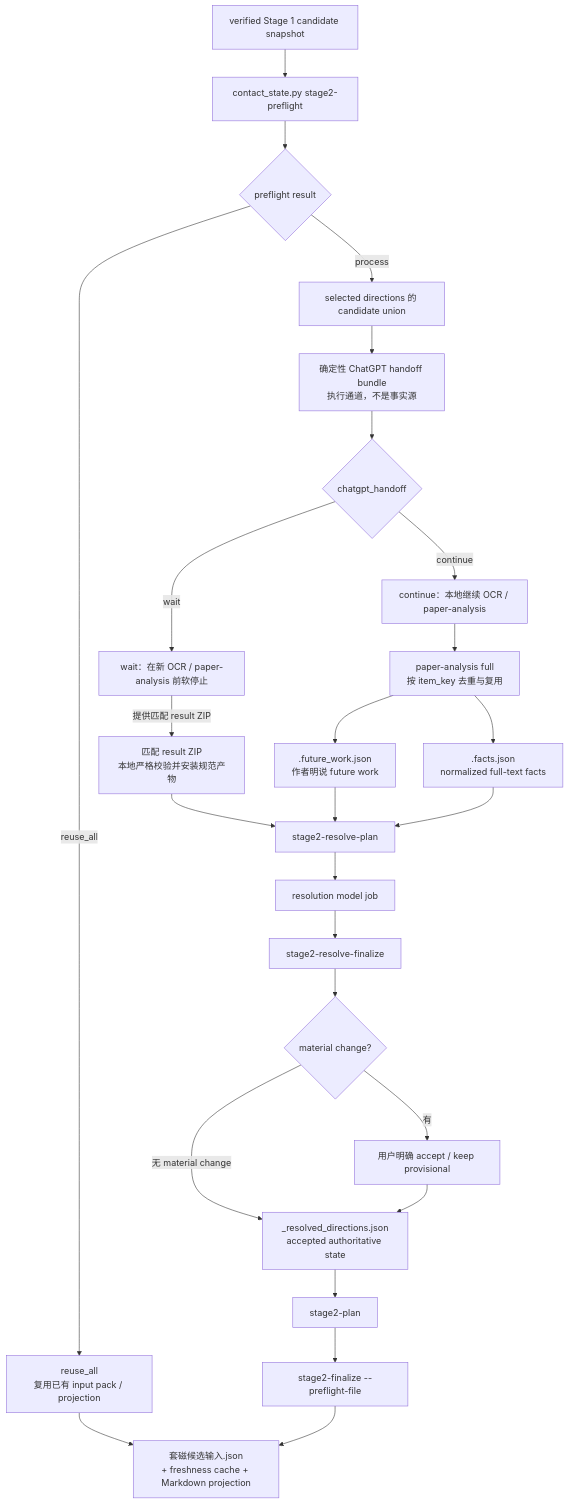
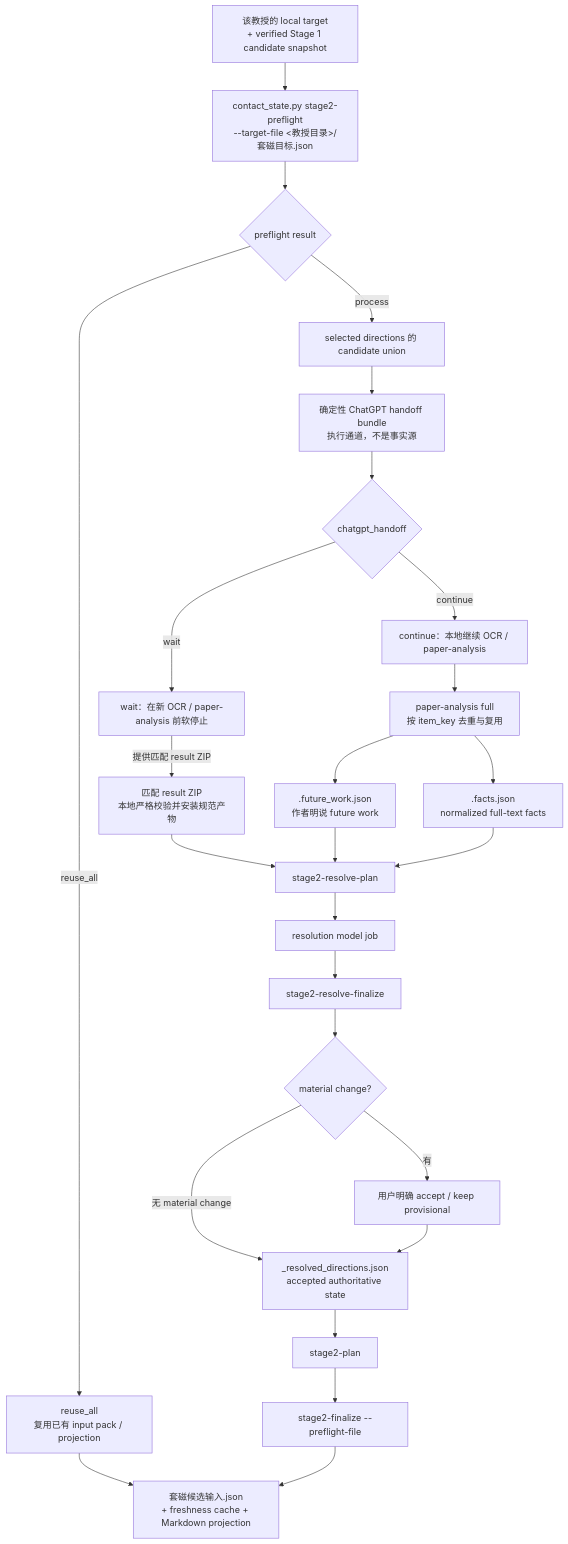
The fourth of 10 diagrams in .apm/skills/professor-contact/docs/workflow-reference.md (ScholarWorkflow/professor-contact), drawn with Mermaid before and after one commit. The commit also changed other lines of this file and 27 other files, not shown here.

First line of the commit message:
feat: split Stage-0 target state into one file per professor

````diff
--- a/.apm/skills/professor-contact/docs/workflow-reference.md
+++ b/.apm/skills/professor-contact/docs/workflow-reference.md
@@ -143,38 +147,38 @@
 ```mermaid
 flowchart TD
-    C["verified Stage 1 candidate snapshot"]
-    PF["contact_state.py stage2-preflight"]
+    C["该教授的 local target<br/>+ verified Stage 1 candidate snapshot"]
+    PF["contact_state.py stage2-preflight<br/>--target-file <教授目录>/套磁目标.json"]
     DEC{"preflight result"}
     REUSE["reuse_all<br/>复用已有 input pack / projection"]
     U["selected directions 的 candidate union"]
     H["确定性 ChatGPT handoff bundle<br/>执行通道，不是事实源"]
     HM{"chatgpt_handoff"}
     LOCAL["continue：本地继续 OCR / paper-analysis"]
     WAIT["wait：在新 OCR / paper-analysis 前软停止"]
     IMPORT["匹配 result ZIP<br/>本地严格校验并安装规范产物"]
     PA["paper-analysis full<br/>按 item_key 去重与复用"]
     FW[".future_work.json<br/>作者明说 future work"]
     FACT[".facts.json<br/>normalized full-text facts"]
     RP["stage2-resolve-plan"]
     RM["resolution model job"]
     RF["stage2-resolve-finalize"]
     UC{"material change?"}
     ACCEPT["用户明确 accept / keep provisional"]
     RD["_resolved_directions.json<br/>accepted authoritative state"]
     P2["stage2-plan"]
     F2["stage2-finalize --preflight-file"]
     OUT["套磁候选输入.json<br/>+ freshness cache + Markdown projection"]
 
     C --> PF --> DEC
     DEC -->|"reuse_all"| REUSE --> OUT
     DEC -->|"process"| U --> H --> HM
     HM -->|"continue"| LOCAL --> PA
     HM -->|"wait"| WAIT
     WAIT -->|"提供匹配 result ZIP"| IMPORT --> RP
     PA --> FW --> RP
     PA --> FACT --> RP
     RP --> RM --> RF --> UC
     UC -->|"无 material change"| RD
     UC -->|"有"| ACCEPT --> RD
     RD --> P2 --> F2 --> OUT
 ```
````
